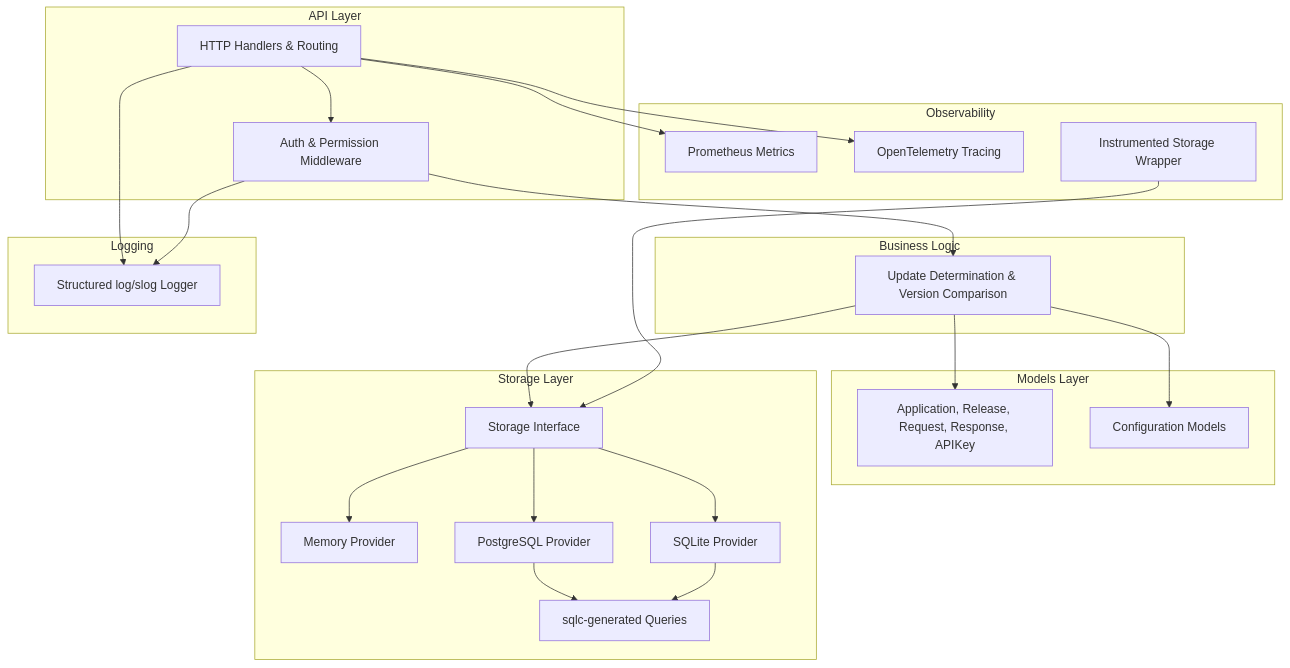
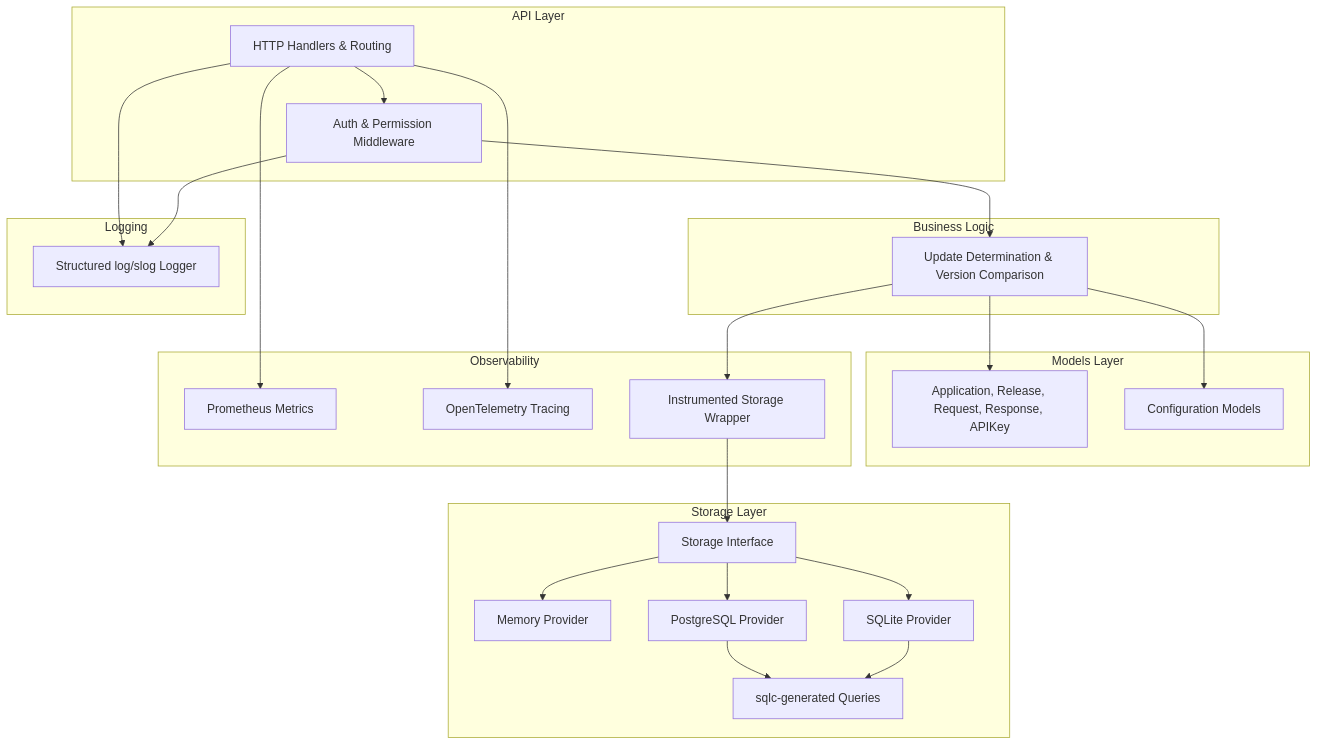
The diagram in docs/index.md (griffinskudder/updater), drawn with Mermaid before and after one commit. The commit also changed other lines of this file, not shown here.

Commit message:
docs: fix architecture diagram wiring and consolidate auth notes

````diff
--- a/docs/index.md
+++ b/docs/index.md
@@ -59,51 +59,51 @@
 ```mermaid
 graph TB
     subgraph "API Layer"
         api[HTTP Handlers & Routing]
         mw[Auth & Permission Middleware]
     end
 
     subgraph "Business Logic"
         logic[Update Determination & Version Comparison]
     end
 
     subgraph "Models Layer"
         models[Application, Release, Request, Response, APIKey]
         config[Configuration Models]
     end
 
     subgraph "Storage Layer"
         iface[Storage Interface]
         mem[Memory Provider]
         pg[PostgreSQL Provider]
         sqlite[SQLite Provider]
         sqlc[sqlc-generated Queries]
     end
 
     subgraph "Observability"
         metrics[Prometheus Metrics]
         tracing[OpenTelemetry Tracing]
         instStorage[Instrumented Storage Wrapper]
     end
 
     subgraph "Logging"
         logger[Structured log/slog Logger]
     end
 
     api --> mw
     mw --> logic
     logic --> models
     logic --> config
-    logic --> iface
+    logic --> instStorage
+    instStorage --> iface
     iface --> mem
     iface --> pg
     iface --> sqlite
     pg --> sqlc
     sqlite --> sqlc
     api --> metrics
     api --> tracing
     api --> logger
     mw --> logger
-    instStorage --> iface
 
 ```
````
